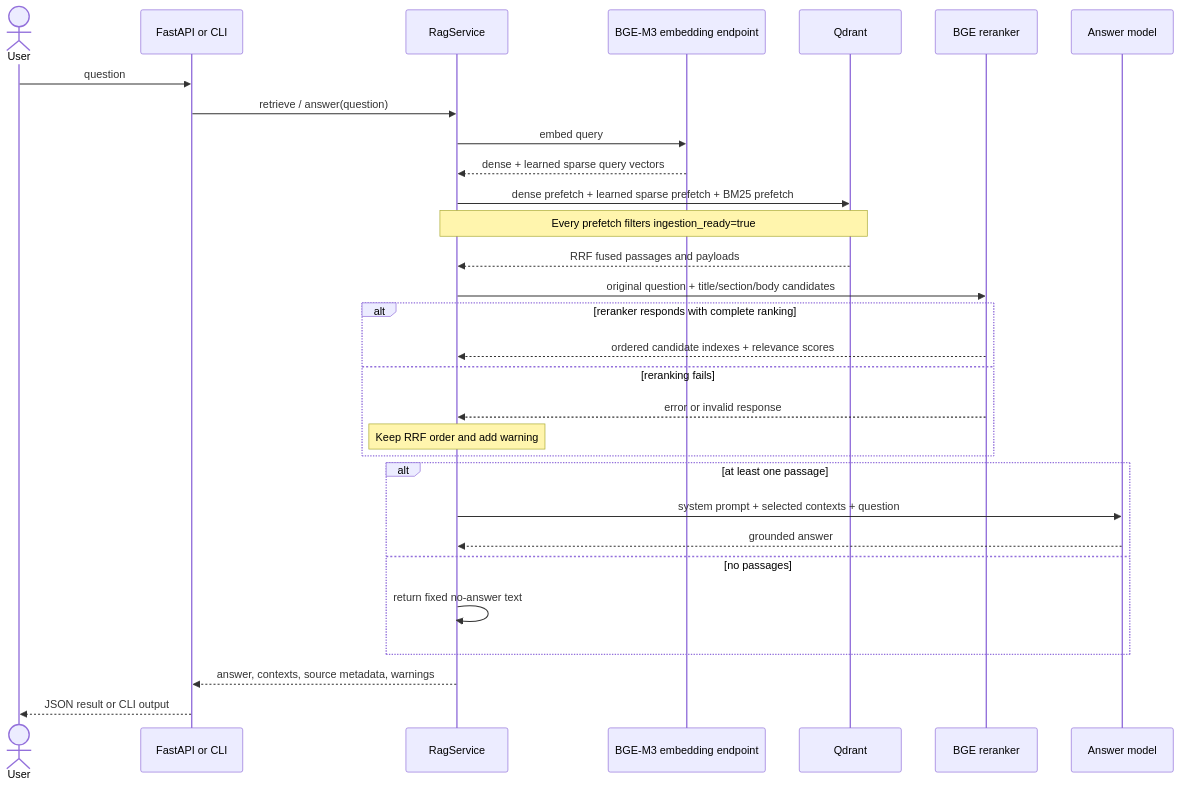
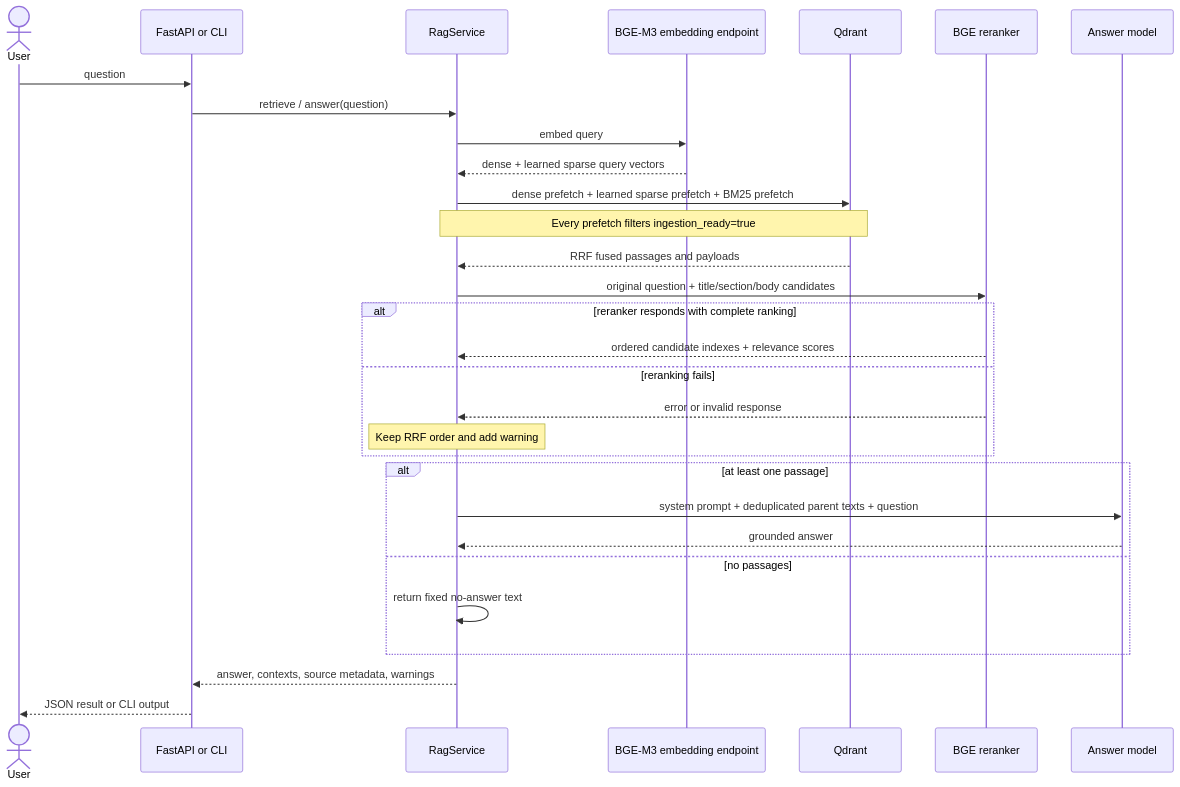
The third of 3 diagrams in docs/architecture.md (msb1/elite-rag), drawn with Mermaid before and after one commit. The commit also changed other lines of this file and 17 other files, not shown here.

````diff
--- a/docs/architecture.md
+++ b/docs/architecture.md
@@ -227,33 +237,33 @@
 ```mermaid
 sequenceDiagram
     actor User
     participant API as FastAPI or CLI
     participant RAG as RagService
     participant Embed as BGE-M3 embedding endpoint
     participant Q as Qdrant
     participant Rank as BGE reranker
     participant Answer as Answer model
 
     User->>API: question
     API->>RAG: retrieve / answer(question)
     RAG->>Embed: embed query
     Embed-->>RAG: dense + learned sparse query vectors
     RAG->>Q: dense prefetch + learned sparse prefetch + BM25 prefetch
     Note over RAG,Q: Every prefetch filters ingestion_ready=true
     Q-->>RAG: RRF fused passages and payloads
     RAG->>Rank: original question + title/section/body candidates
     alt reranker responds with complete ranking
         Rank-->>RAG: ordered candidate indexes + relevance scores
     else reranking fails
         Rank-->>RAG: error or invalid response
         Note over RAG: Keep RRF order and add warning
     end
     alt at least one passage
-        RAG->>Answer: system prompt + selected contexts + question
+        RAG->>Answer: system prompt + deduplicated parent texts + question
         Answer-->>RAG: grounded answer
     else no passages
         RAG->>RAG: return fixed no-answer text
     end
     RAG-->>API: answer, contexts, source metadata, warnings
     API-->>User: JSON result or CLI output
 ```
````
